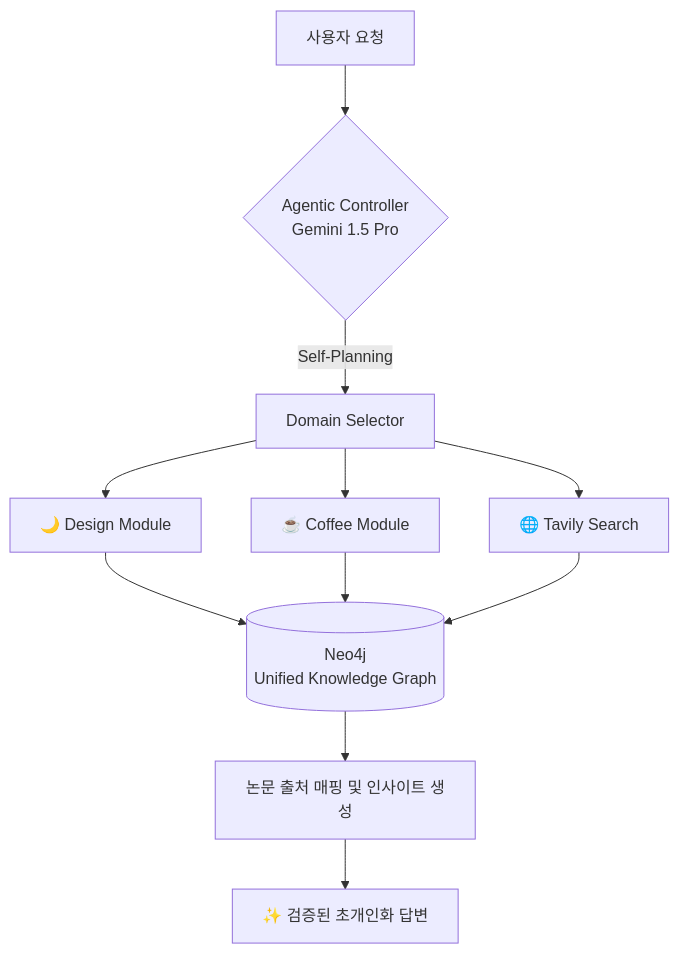
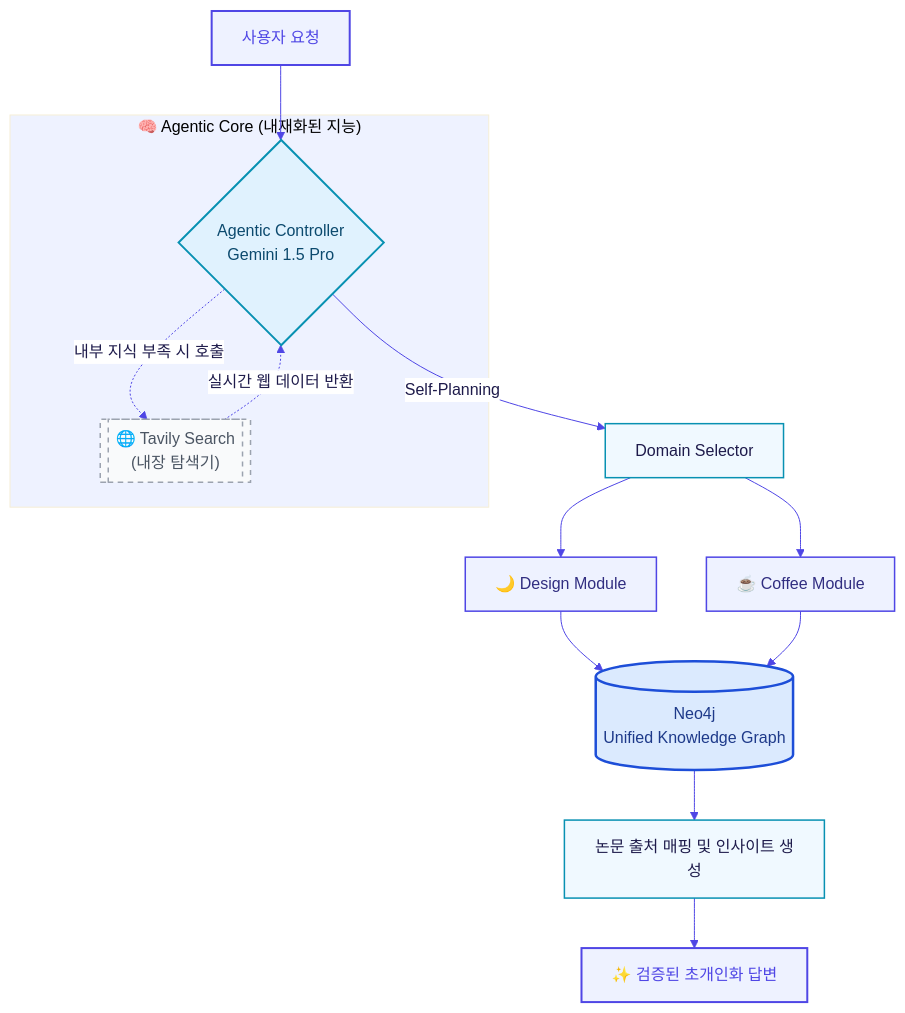
The diagram in README.md (hoilycat/Universal-Insight-Engine), drawn with Mermaid before and after one commit. The commit also changed other lines of this file, not shown here.

````diff
--- a/README.md
+++ b/README.md
@@ -40,11 +59,32 @@
 ```mermaid
+%%{init: {
+  'theme': 'base',  'themeVariables': {    'primaryColor': '#EEF2FF',    'primaryTextColor': '#1E1B4B',    'primaryBorderColor': '#4F46E5',    'lineColor': '#4F46E5',    'edgeLabelBackground': '#ffffff',    'clusterBkg': '#EEF2FF'  }}}%%
 graph TD
-    A[사용자 요청] --> B{Agentic Controller<br/>Gemini 1.5 Pro}
-    B -->|Self-Planning| C[Domain Selector]
-    C --> D[🌙 Design Module]
-    C --> E[☕ Coffee Module]
-    C --> F[🌐 Tavily Search]
-    D & E & F --> G[(Neo4j<br/>Unified Knowledge Graph)]
-    G --> H[논문 출처 매핑 및 인사이트 생성]
-    H --> I[✨ 검증된 초개인화 답변]
+    A["사용자 요청"]:::input --> B{"Agentic Controller<br/>Gemini 1.5 Pro"}:::controller
+    
+    subgraph Core["🧠 Agentic Core (내재화된 지능)"]
+        B
+        F[["🌐 Tavily Search<br/>(내장 탐색기)"]]:::search
+        B -.->|"내부 지식 부족 시 호출"| F
+        F -.->|"실시간 웹 데이터 반환"| B
+    end
+
+    B -->|Self-Planning| C["Domain Selector"]:::selector
+    C --> D["🌙 Design Module"]:::module
+    C --> E["☕ Coffee Module"]:::module
+    
+    D & E --> G[("Neo4j<br/>Unified Knowledge Graph")]:::kg_node
+    
+    G --> H["논문 출처 매핑 및 인사이트 생성"]:::process
+    H --> I["✨ 검증된 초개인화 답변"]:::output
+    
+    classDef input fill:#EEF2FF,stroke:#4F46E5,color:#4F46E5,stroke-width:2px
+    classDef controller fill:#E0F2FE,stroke:#0891B2,color:#0C4A6E,stroke-width:2px
+    classDef selector fill:#F0F9FF,stroke:#0891B2,color:#1E1B4B,stroke-width:1.5px
+    classDef module fill:#EEF2FF,stroke:#4F46E5,color:#312E81,stroke-width:1.5px
+    classDef search fill:#F9FAFB,stroke:#9CA3AF,color:#4B5563,stroke-width:1.5px,stroke-dasharray: 5 5
+    classDef kg_node fill:#DBEAFE,stroke:#1D4ED8,color:#1E3A8A,stroke-width:2.5px
+    classDef process fill:#F0F9FF,stroke:#0891B2,color:#1E1B4B,stroke-width:1.5px
+    classDef output fill:#EEF2FF,stroke:#4F46E5,color:#4F46E5,stroke-width:2px
+
 ```
````
